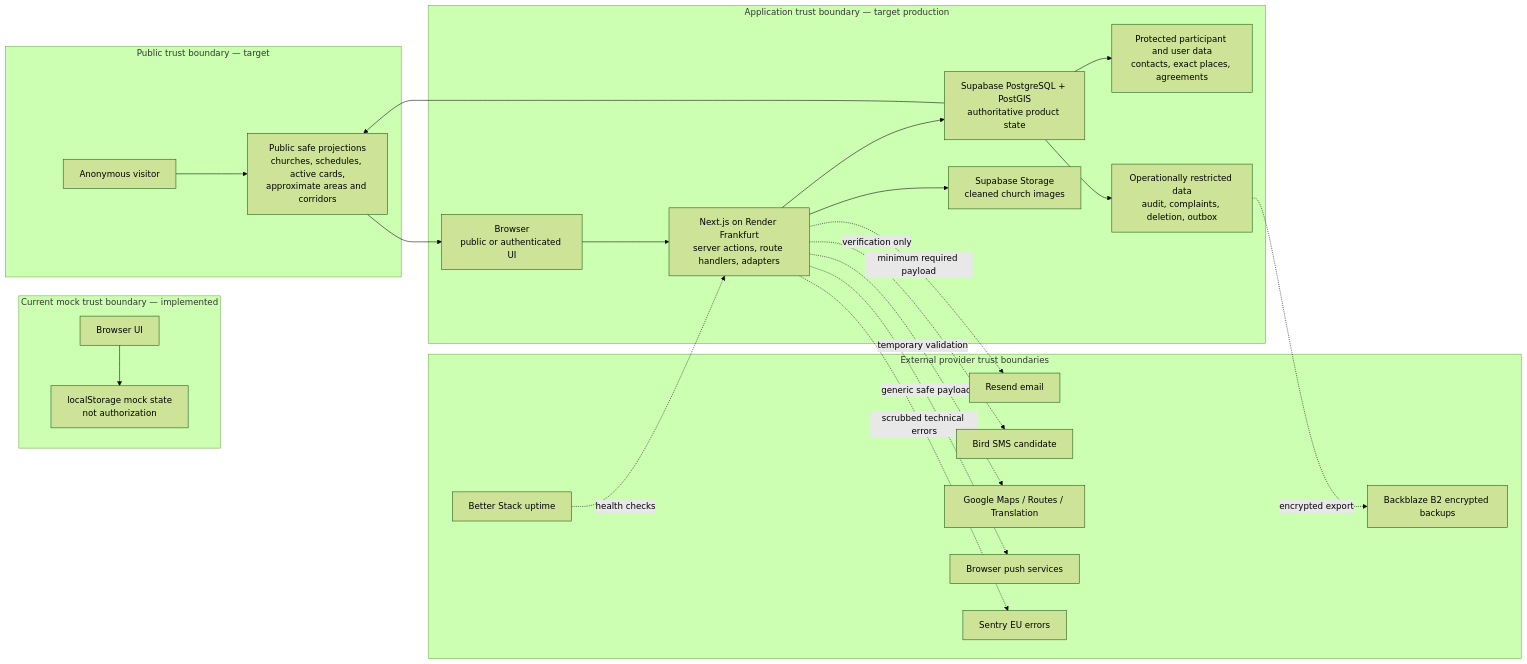
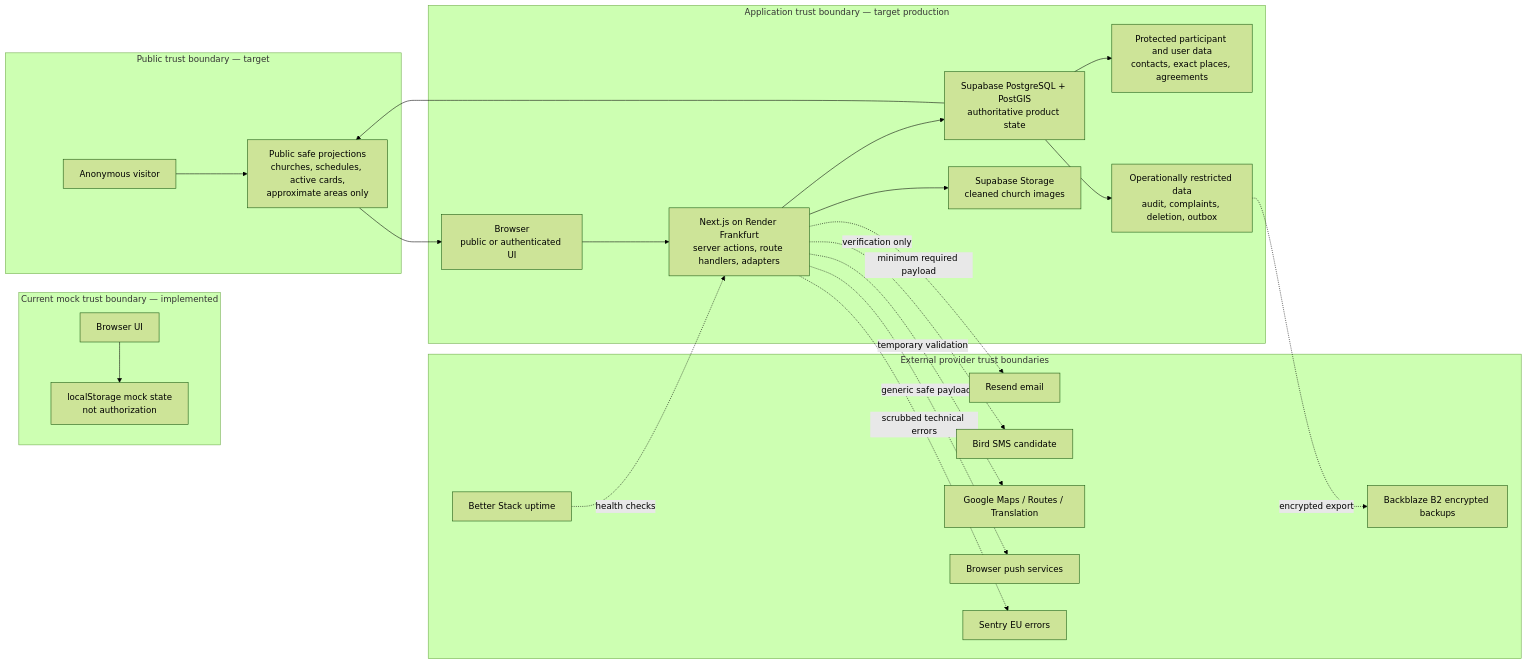
One commit to Agafanail/orthodox-routes changed diagram 19 of 25 in docs/PROJECT_MAP.md. Above: the diagram before and after it, drawn with Mermaid (forest theme). The commit also changed 14 other files, not shown here.

````diff
--- a/docs/PROJECT_MAP.md
+++ b/docs/PROJECT_MAP.md
@@ -425,48 +425,48 @@
 ```mermaid
 flowchart LR
     subgraph CURRENT["Current mock trust boundary — implemented"]
         CB["Browser UI"]
         CLS["localStorage mock state<br/>not authorization"]
         CB --> CLS
     end
 
     subgraph PUBLIC["Public trust boundary — target"]
         VISITOR["Anonymous visitor"]
-        PUB["Public safe projections<br/>churches, schedules, active cards,<br/>approximate areas and corridors"]
+        PUB["Public safe projections<br/>churches, schedules, active cards,<br/>approximate areas only"]
     end
 
     subgraph TARGET["Application trust boundary — target production"]
         BROWSER["Browser<br/>public or authenticated UI"]
         NEXT["Next.js on Render Frankfurt<br/>server actions, route handlers, adapters"]
         DB["Supabase PostgreSQL + PostGIS<br/>authoritative product state"]
         PRIV["Protected participant and user data<br/>contacts, exact places, agreements"]
         OPS["Operationally restricted data<br/>audit, complaints, deletion, outbox"]
         STORAGE["Supabase Storage<br/>cleaned church images"]
         NEXT --> DB
         DB --> PUB
         DB --> PRIV
         DB --> OPS
         NEXT --> STORAGE
     end
 
     subgraph EXTERNAL["External provider trust boundaries"]
         RESEND["Resend email"]
         BIRD["Bird SMS candidate"]
         GOOGLE["Google Maps / Routes / Translation"]
         PUSH["Browser push services"]
         SENTRY["Sentry EU errors"]
         B2["Backblaze B2 encrypted backups"]
         UPTIME["Better Stack uptime"]
     end
 
     VISITOR --> PUB
     PUB --> BROWSER
     BROWSER --> NEXT
     NEXT -. "minimum required payload" .-> RESEND
     NEXT -. "verification only" .-> BIRD
     NEXT -. "temporary validation" .-> GOOGLE
     NEXT -. "generic safe payload" .-> PUSH
     NEXT -. "scrubbed technical errors" .-> SENTRY
     OPS -. "encrypted export" .-> B2
     UPTIME -. "health checks" .-> NEXT
 ```
````
